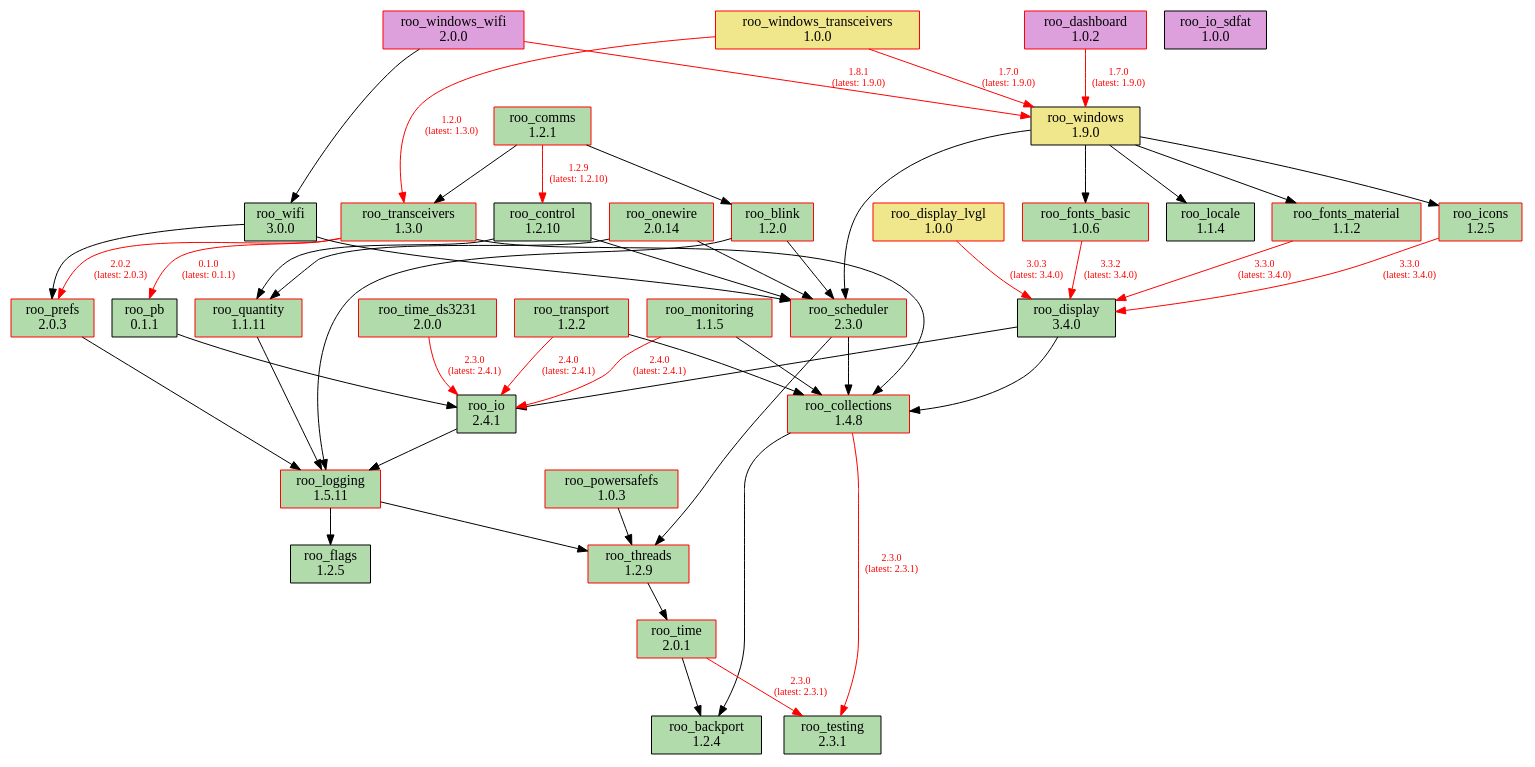
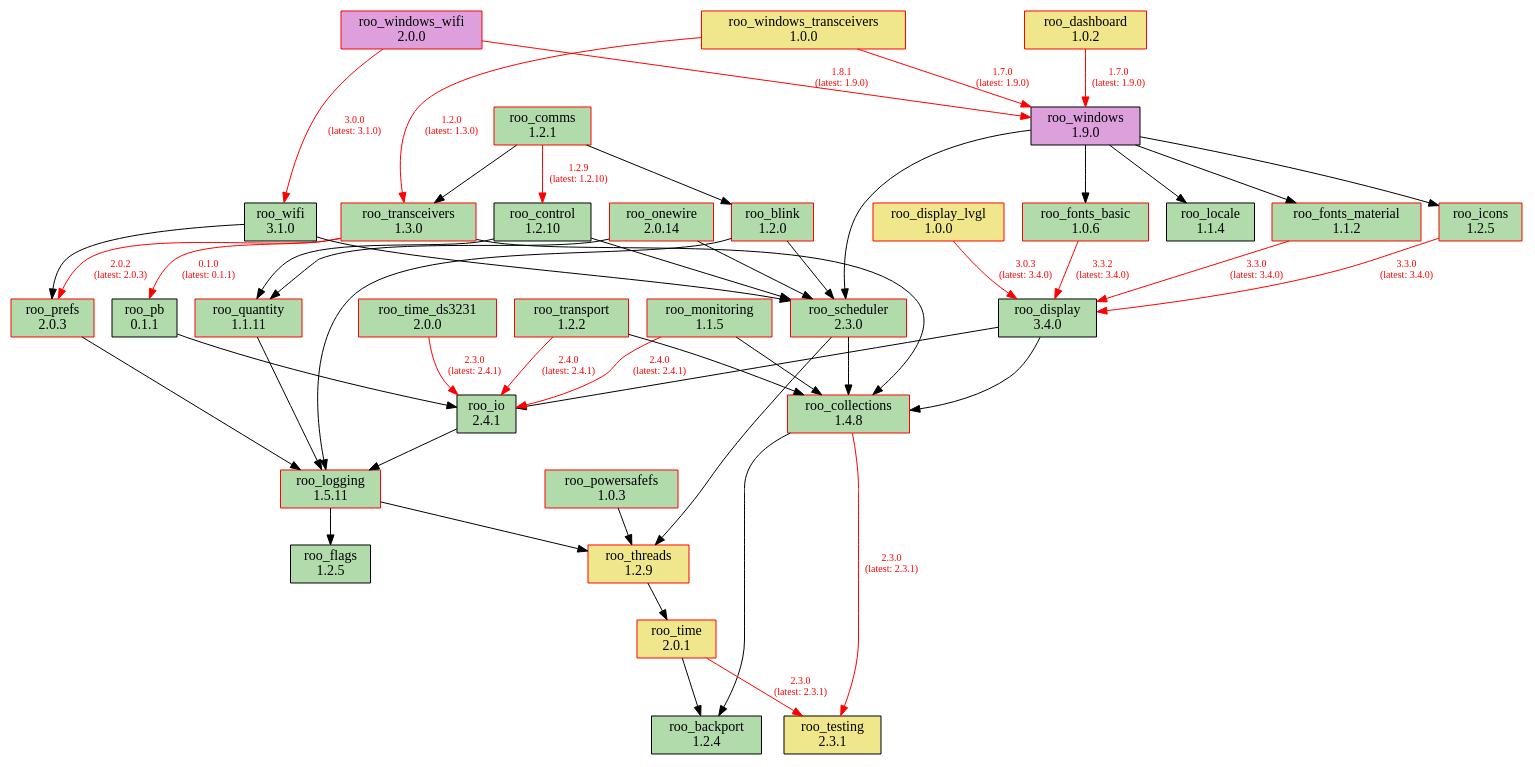
One commit to dejwk/roo-registry changed the diagram in doc/dependencies.dot. Above: the diagram before and after it, drawn with Graphviz. The commit also changed 3 other files, not shown here.

Commit message:
Added roo_wifi 3.1.0 to the registry.

```diff
--- a/doc/dependencies.dot
+++ b/doc/dependencies.dot
@@ -1,91 +1,90 @@
 digraph dependencies {
     rankdir=TB;
     node [shape=box, style=filled];
     edge [fontsize=10];
 
     // Modules
     "roo_backport" [label="roo_backport\n1.2.4", fillcolor="#b1dbab", color="black"];
     "roo_blink" [label="roo_blink\n1.2.0", fillcolor="#b1dbab", color="red"];
     "roo_collections" [label="roo_collections\n1.4.8", fillcolor="#b1dbab", color="red"];
     "roo_comms" [label="roo_comms\n1.2.1", fillcolor="#b1dbab", color="red"];
     "roo_control" [label="roo_control\n1.2.10", fillcolor="#b1dbab", color="black"];
-    "roo_dashboard" [label="roo_dashboard\n1.0.2", fillcolor="plum", color="red"];
+    "roo_dashboard" [label="roo_dashboard\n1.0.2", fillcolor="khaki", color="red"];
     "roo_display" [label="roo_display\n3.4.0", fillcolor="#b1dbab", color="black"];
     "roo_display_lvgl" [label="roo_display_lvgl\n1.0.0", fillcolor="khaki", color="red"];
     "roo_flags" [label="roo_flags\n1.2.5", fillcolor="#b1dbab", color="black"];
     "roo_fonts_basic" [label="roo_fonts_basic\n1.0.6", fillcolor="#b1dbab", color="red"];
     "roo_fonts_material" [label="roo_fonts_material\n1.1.2", fillcolor="#b1dbab", color="red"];
     "roo_icons" [label="roo_icons\n1.2.5", fillcolor="#b1dbab", color="red"];
     "roo_io" [label="roo_io\n2.4.1", fillcolor="#b1dbab", color="black"];
-    "roo_io_sdfat" [label="roo_io_sdfat\n1.0.0", fillcolor="plum", color="black"];
     "roo_locale" [label="roo_locale\n1.1.4", fillcolor="#b1dbab", color="black"];
     "roo_logging" [label="roo_logging\n1.5.11", fillcolor="#b1dbab", color="red"];
     "roo_monitoring" [label="roo_monitoring\n1.1.5", fillcolor="#b1dbab", color="red"];
     "roo_onewire" [label="roo_onewire\n2.0.14", fillcolor="#b1dbab", color="red"];
     "roo_pb" [label="roo_pb\n0.1.1", fillcolor="#b1dbab", color="black"];
     "roo_powersafefs" [label="roo_powersafefs\n1.0.3", fillcolor="#b1dbab", color="red"];
     "roo_prefs" [label="roo_prefs\n2.0.3", fillcolor="#b1dbab", color="red"];
     "roo_quantity" [label="roo_quantity\n1.1.11", fillcolor="#b1dbab", color="red"];
     "roo_scheduler" [label="roo_scheduler\n2.3.0", fillcolor="#b1dbab", color="red"];
-    "roo_testing" [label="roo_testing\n2.3.1", fillcolor="#b1dbab", color="black"];
-    "roo_threads" [label="roo_threads\n1.2.9", fillcolor="#b1dbab", color="red"];
-    "roo_time" [label="roo_time\n2.0.1", fillcolor="#b1dbab", color="red"];
+    "roo_testing" [label="roo_testing\n2.3.1", fillcolor="khaki", color="black"];
+    "roo_threads" [label="roo_threads\n1.2.9", fillcolor="khaki", color="red"];
+    "roo_time" [label="roo_time\n2.0.1", fillcolor="khaki", color="red"];
     "roo_time_ds3231" [label="roo_time_ds3231\n2.0.0", fillcolor="#b1dbab", color="red"];
     "roo_transceivers" [label="roo_transceivers\n1.3.0", fillcolor="#b1dbab", color="red"];
     "roo_transport" [label="roo_transport\n1.2.2", fillcolor="#b1dbab", color="red"];
-    "roo_wifi" [label="roo_wifi\n3.0.0", fillcolor="#b1dbab", color="black"];
-    "roo_windows" [label="roo_windows\n1.9.0", fillcolor="khaki", color="black"];
+    "roo_wifi" [label="roo_wifi\n3.1.0", fillcolor="#b1dbab", color="black"];
+    "roo_windows" [label="roo_windows\n1.9.0", fillcolor="plum", color="black"];
     "roo_windows_transceivers" [label="roo_windows_transceivers\n1.0.0", fillcolor="khaki", color="red"];
     "roo_windows_wifi" [label="roo_windows_wifi\n2.0.0", fillcolor="plum", color="red"];
 
     // Dependencies
     "roo_blink" -> "roo_logging";
     "roo_blink" -> "roo_scheduler";
     "roo_collections" -> "roo_testing" [color=red, fontcolor=red, label="2.3.0\n(latest: 2.3.1)"];
     "roo_collections" -> "roo_backport";
     "roo_comms" -> "roo_blink";
     "roo_comms" -> "roo_control" [color=red, fontcolor=red, label="1.2.9\n(latest: 1.2.10)"];
     "roo_comms" -> "roo_transceivers";
     "roo_control" -> "roo_quantity";
     "roo_control" -> "roo_scheduler";
     "roo_dashboard" -> "roo_windows" [color=red, fontcolor=red, label="1.7.0\n(latest: 1.9.0)"];
     "roo_display" -> "roo_collections";
     "roo_display" -> "roo_io";
     "roo_display_lvgl" -> "roo_display" [color=red, fontcolor=red, label="3.0.3\n(latest: 3.4.0)"];
     "roo_fonts_basic" -> "roo_display" [color=red, fontcolor=red, label="3.3.2\n(latest: 3.4.0)"];
     "roo_fonts_material" -> "roo_display" [color=red, fontcolor=red, label="3.3.0\n(latest: 3.4.0)"];
     "roo_icons" -> "roo_display" [color=red, fontcolor=red, label="3.3.0\n(latest: 3.4.0)"];
     "roo_io" -> "roo_logging";
     "roo_logging" -> "roo_flags";
     "roo_logging" -> "roo_threads";
     "roo_monitoring" -> "roo_collections";
     "roo_monitoring" -> "roo_io" [color=red, fontcolor=red, label="2.4.0\n(latest: 2.4.1)"];
     "roo_onewire" -> "roo_scheduler";
     "roo_onewire" -> "roo_quantity";
     "roo_pb" -> "roo_io";
     "roo_powersafefs" -> "roo_threads";
     "roo_prefs" -> "roo_logging";
     "roo_quantity" -> "roo_logging";
     "roo_scheduler" -> "roo_collections";
     "roo_scheduler" -> "roo_threads";
     "roo_threads" -> "roo_time";
     "roo_time" -> "roo_testing" [color=red, fontcolor=red, label="2.3.0\n(latest: 2.3.1)"];
     "roo_time" -> "roo_backport";
     "roo_time_ds3231" -> "roo_io" [color=red, fontcolor=red, label="2.3.0\n(latest: 2.4.1)"];
     "roo_transceivers" -> "roo_pb" [color=red, fontcolor=red, label="0.1.0\n(latest: 0.1.1)"];
     "roo_transceivers" -> "roo_collections";
     "roo_transceivers" -> "roo_prefs" [color=red, fontcolor=red, label="2.0.2\n(latest: 2.0.3)"];
     "roo_transport" -> "roo_collections";
     "roo_transport" -> "roo_io" [color=red, fontcolor=red, label="2.4.0\n(latest: 2.4.1)"];
     "roo_wifi" -> "roo_prefs";
     "roo_wifi" -> "roo_scheduler";
     "roo_windows" -> "roo_fonts_basic";
     "roo_windows" -> "roo_fonts_material";
     "roo_windows" -> "roo_locale";
     "roo_windows" -> "roo_icons";
     "roo_windows" -> "roo_scheduler";
     "roo_windows_transceivers" -> "roo_transceivers" [color=red, fontcolor=red, label="1.2.0\n(latest: 1.3.0)"];
     "roo_windows_transceivers" -> "roo_windows" [color=red, fontcolor=red, label="1.7.0\n(latest: 1.9.0)"];
-    "roo_windows_wifi" -> "roo_wifi";
+    "roo_windows_wifi" -> "roo_wifi" [color=red, fontcolor=red, label="3.0.0\n(latest: 3.1.0)"];
     "roo_windows_wifi" -> "roo_windows" [color=red, fontcolor=red, label="1.8.1\n(latest: 1.9.0)"];
 }
```
